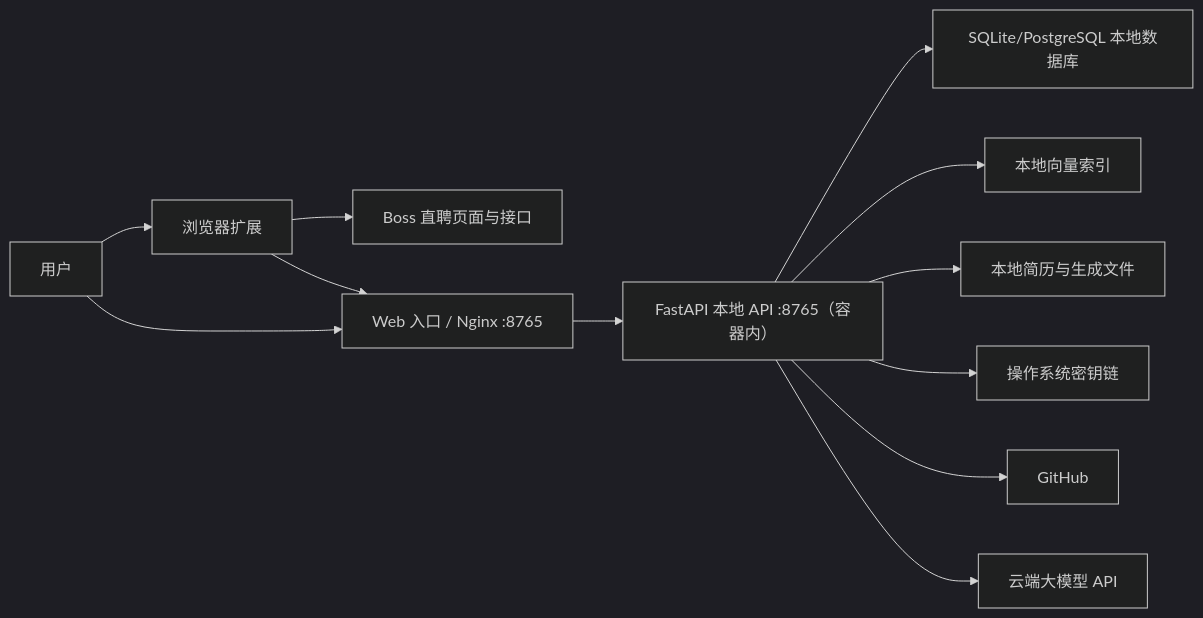
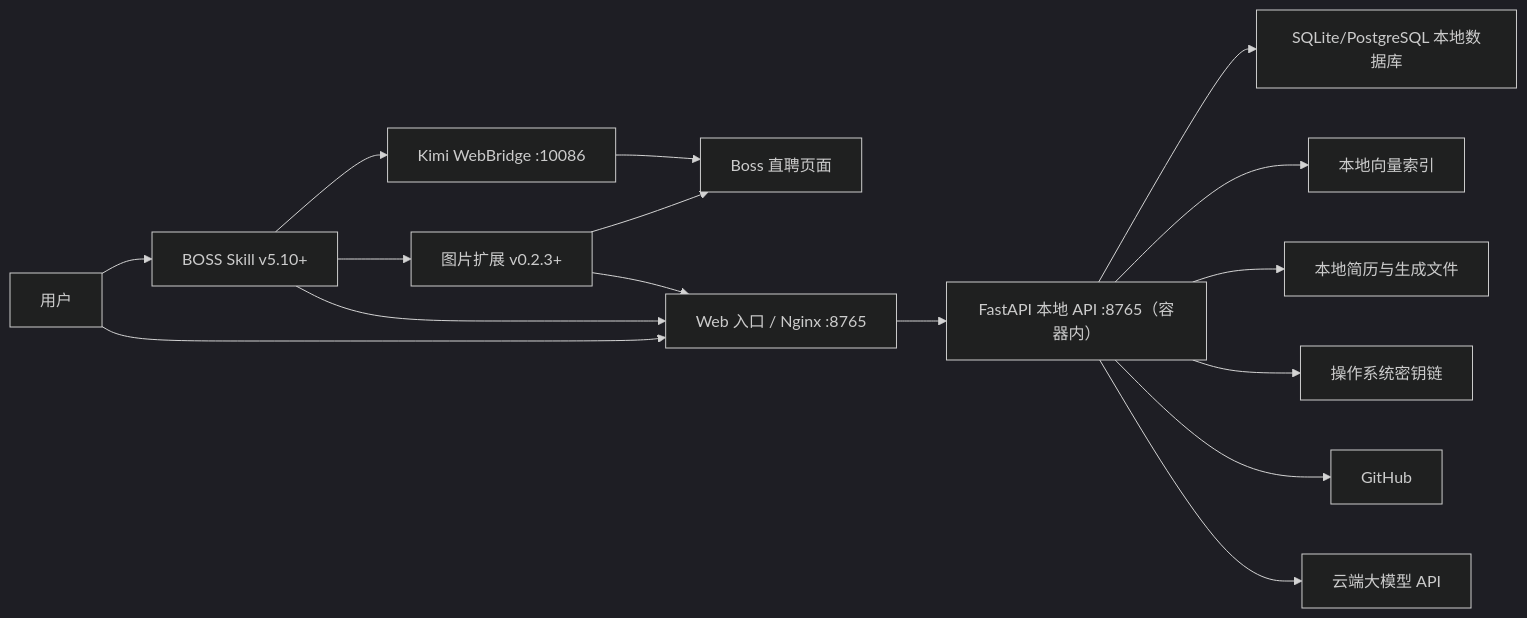
Before and after one commit to a764506248/Job-Search-Assistant: the first of 5 diagrams in docs/ARCHITECTURE.md, drawn with Mermaid (dark theme). The commit also changed other lines of this file and 14 other files, not shown here.

````diff
--- a/docs/ARCHITECTURE.md
+++ b/docs/ARCHITECTURE.md
@@ -14,15 +16,19 @@
 ```mermaid
 flowchart LR
-    U["用户"] --> EXT["浏览器扩展"]
-    EXT --> BOSS["Boss 直聘页面与接口"]
-    EXT --> WEB["Web 入口 / Nginx :8765"]
+    U["用户"] --> SKILL["BOSS Skill v5.10+"]
+    SKILL --> KIMI["Kimi WebBridge :10086"]
+    KIMI --> BOSS["Boss 直聘页面"]
+    SKILL --> IMGEXT["图片扩展 v0.2.3+"]
+    IMGEXT --> BOSS
+    IMGEXT --> WEB["Web 入口 / Nginx :8765"]
+    SKILL --> WEB
     U --> WEB
     WEB --> API["FastAPI 本地 API :8765（容器内）"]
 
     API --> DB["SQLite/PostgreSQL 本地数据库"]
     API --> VEC["本地向量索引"]
     API --> FILES["本地简历与生成文件"]
     API --> KEYCHAIN["操作系统密钥链"]
     API --> GITHUB["GitHub"]
     API --> LLM["云端大模型 API"]
 ```
````
